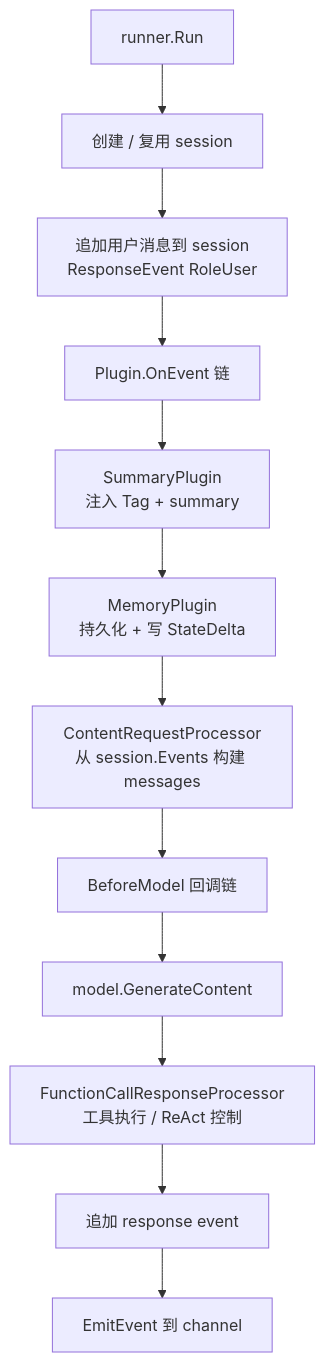
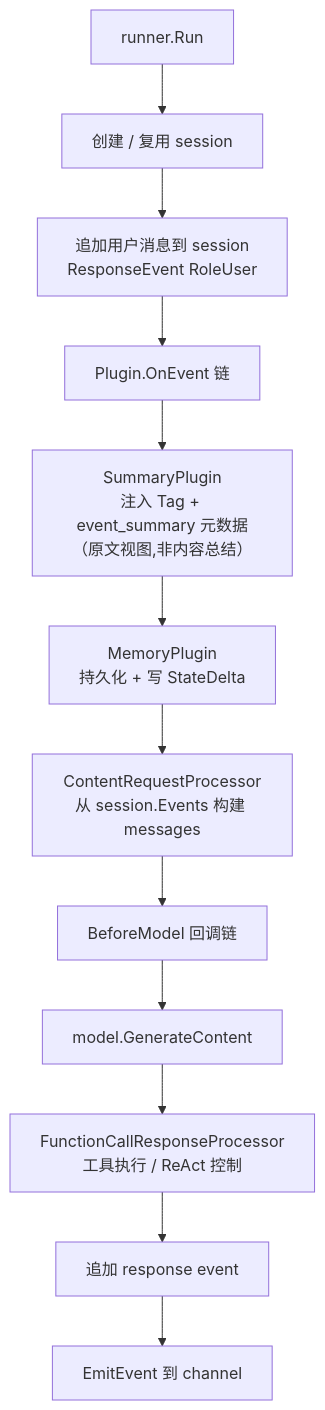
The second of 7 diagrams in docs/wiki/agent/event-flow.md (SpellingDragon/tagent), drawn with Mermaid before and after one commit. The commit also changed other lines of this file and 5 other files, not shown here.

First line of the commit message:
docs(wiki): full revision pass — align all module docs with current architecture

````diff
--- a/docs/wiki/agent/event-flow.md
+++ b/docs/wiki/agent/event-flow.md
@@ -29,14 +29,14 @@
 ```mermaid
 graph TD
     A[runner.Run] --> B[创建 / 复用 session]
     B --> C[追加用户消息到 session<br/>ResponseEvent RoleUser]
     C --> D[Plugin.OnEvent 链]
-    D --> D1[SummaryPlugin<br/>注入 Tag + summary]
+    D --> D1[SummaryPlugin<br/>注入 Tag + event_summary 元数据<br/>（原文视图,非内容总结）]
     D1 --> D2[MemoryPlugin<br/>持久化 + 写 StateDelta]
     D2 --> E[ContentRequestProcessor<br/>从 session.Events 构建 messages]
     E --> F[BeforeModel 回调链]
     F --> G[model.GenerateContent]
     G --> H[FunctionCallResponseProcessor<br/>工具执行 / ReAct 控制]
     H --> I[追加 response event]
     I --> J[EmitEvent 到 channel]
 ```
````
